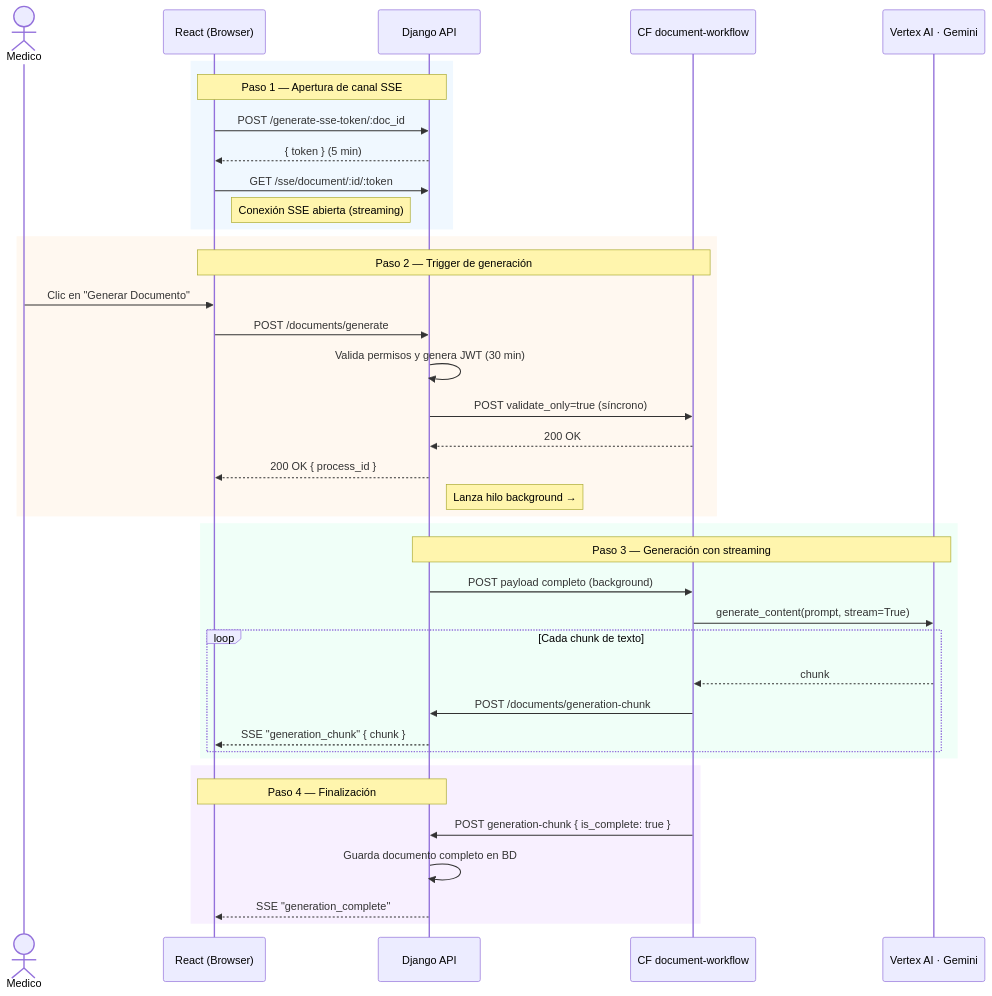
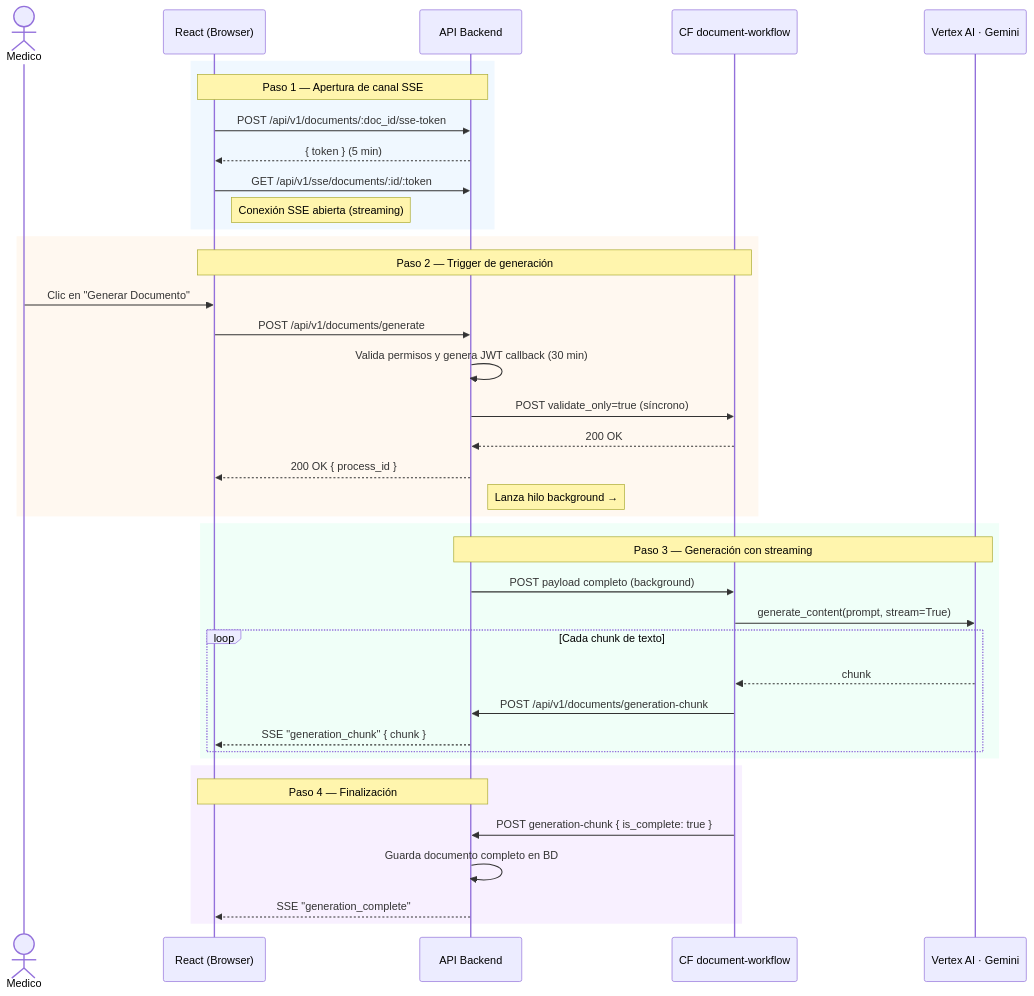
One commit to Jmoreno844/medical-ai-webapp changed the third of 3 diagrams in docs/architecture/system-overview.md. Above: the diagram before and after it, drawn with Mermaid. The commit also changed other lines of this file and 85 other files, not shown here.

````diff
--- a/docs/architecture/system-overview.md
+++ b/docs/architecture/system-overview.md
@@ -109,46 +109,46 @@
 ```mermaid
 sequenceDiagram
     actor Medico
     participant Browser as React (Browser)
-    participant Django as Django API
+    participant Django as API Backend
     participant CF as CF document-workflow
     participant Gemini as Vertex AI · Gemini
 
     rect rgb(240, 248, 255)
         note over Browser,Django: Paso 1 — Apertura de canal SSE
-        Browser->>Django: POST /generate-sse-token/:doc_id
+        Browser->>Django: POST /api/v1/documents/:doc_id/sse-token
         Django-->>Browser: { token } (5 min)
-        Browser->>Django: GET /sse/document/:id/:token
+        Browser->>Django: GET /api/v1/sse/documents/:id/:token
         note right of Browser: Conexión SSE abierta (streaming)
     end
 
     rect rgb(255, 248, 240)
         note over Browser,CF: Paso 2 — Trigger de generación
         Medico->>Browser: Clic en "Generar Documento"
-        Browser->>Django: POST /documents/generate
-        Django->>Django: Valida permisos y genera JWT (30 min)
+        Browser->>Django: POST /api/v1/documents/generate
+        Django->>Django: Valida permisos y genera JWT callback (30 min)
         Django->>CF: POST validate_only=true (síncrono)
         CF-->>Django: 200 OK
         Django-->>Browser: 200 OK { process_id }
         note right of Django: Lanza hilo background →
     end
 
     rect rgb(240, 255, 248)
         note over Django,Gemini: Paso 3 — Generación con streaming
         Django->>CF: POST payload completo (background)
         CF->>Gemini: generate_content(prompt, stream=True)
 
         loop Cada chunk de texto
             Gemini-->>CF: chunk
-            CF->>Django: POST /documents/generation-chunk
+            CF->>Django: POST /api/v1/documents/generation-chunk
             Django-->>Browser: SSE "generation_chunk" { chunk }
         end
     end
 
     rect rgb(248, 240, 255)
         note over Django,Browser: Paso 4 — Finalización
         CF->>Django: POST generation-chunk { is_complete: true }
         Django->>Django: Guarda documento completo en BD
         Django-->>Browser: SSE "generation_complete"
     end
 ```
````
